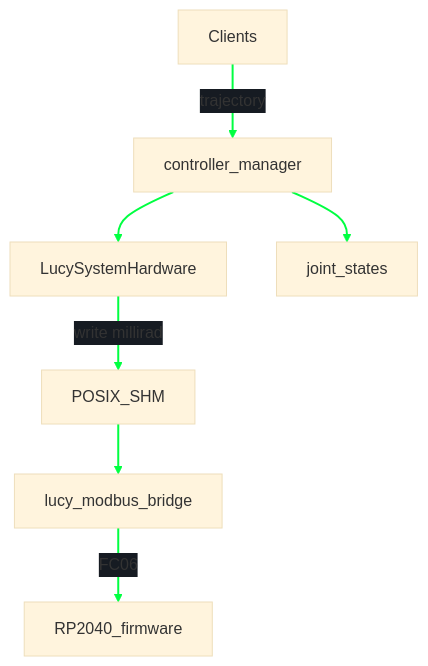
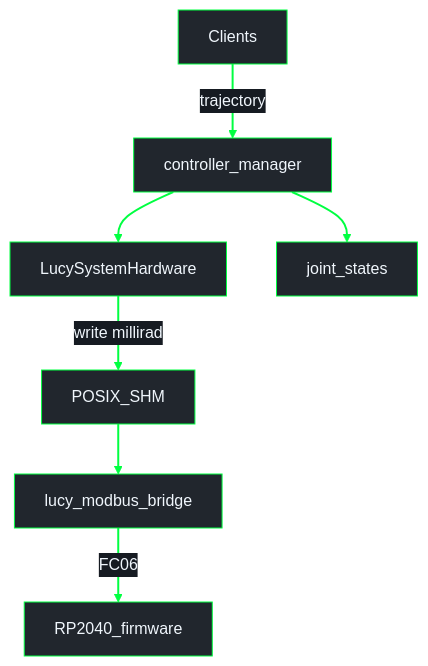
Before and after one commit to Lucy-Robotics/lucy_ros_packages: the diagram in docs/ROS2_CONTROL.md, drawn with Mermaid.

Commit message:
fix(architecture): raise ROS2_CONTROL flowchart label contrast

````diff
--- a/docs/ROS2_CONTROL.md
+++ b/docs/ROS2_CONTROL.md
@@ -48,19 +48,19 @@
 ```mermaid
-%%{init: {"theme": "base", "themeVariables": {"lineColor": "#00FF41", "edgeLabelBackground": "#161b22"}}}%%
+%%{init: {"theme": "base", "themeVariables": {"darkMode": true, "background": "#0d1117", "mainBkg": "#21262d", "primaryColor": "#21262d", "primaryTextColor": "#f0f6fc", "primaryBorderColor": "#00FF41", "secondaryColor": "#161b22", "secondaryTextColor": "#f0f6fc", "secondaryBorderColor": "#00FF41", "tertiaryColor": "#161b22", "tertiaryTextColor": "#f0f6fc", "tertiaryBorderColor": "#00FF41", "lineColor": "#00FF41", "textColor": "#f0f6fc", "nodeTextColor": "#f0f6fc", "edgeLabelBackground": "#161b22", "clusterBkg": "#0d1117", "clusterBorder": "#00FF41", "titleColor": "#f0f6fc"}}}%%
 flowchart TB
   C["Clients"]
   CM["controller_manager"]
   WL["LucySystemHardware"]
   SHM["POSIX_SHM"]
   BR["lucy_modbus_bridge"]
   FW["RP2040_firmware"]
   JS["joint_states"]
 
   C -->|"trajectory"| CM
   CM --> WL
   CM --> JS
   WL -->|"write millirad"| SHM
   SHM --> BR
   BR -->|"FC06"| FW
   linkStyle default stroke:#00FF41,stroke-width:2px
 ```
````
